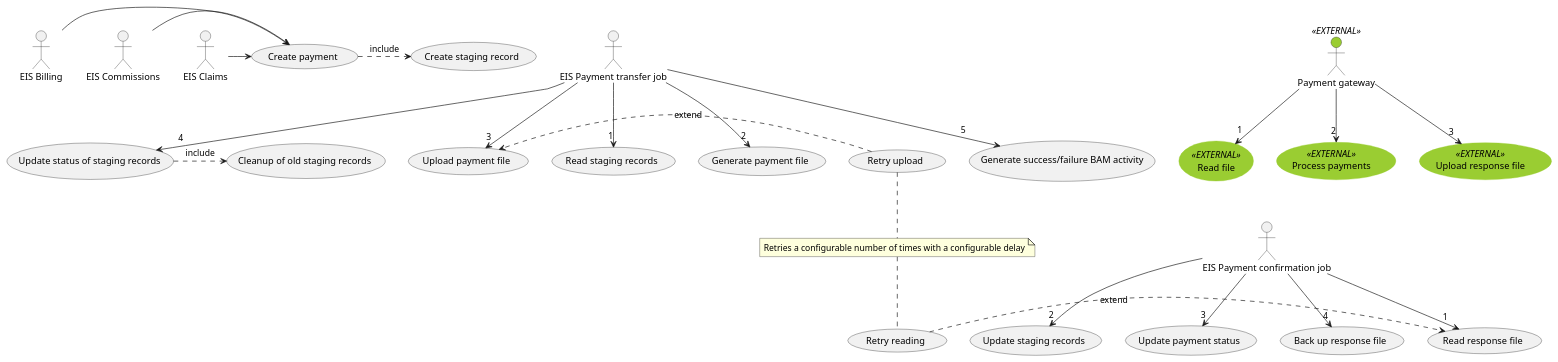
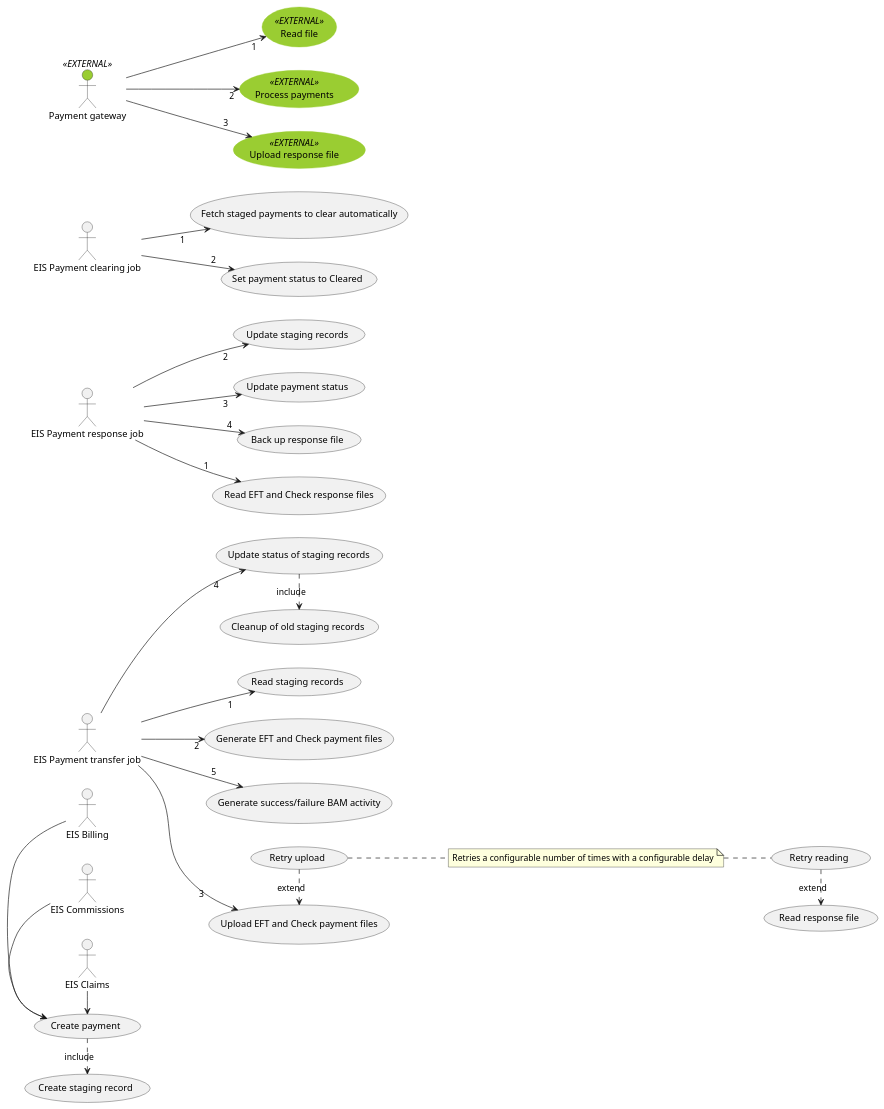
Before and after one commit to evgueni-spb/bootcamp: the diagram in use-case-diagram.puml, drawn with PlantUML. The commit also changed 5 other files, not shown here.

Commit message:
added sequence diagrams for staging and clearing, updated use case and class diagrams for staging, renamed class diagrams

```diff
--- a/use-case-diagram.puml
+++ b/use-case-diagram.puml
@@ -1,61 +1,67 @@
 @startuml
+
+left to right direction
 
 skinparam actorBackgroundColor<< EXTERNAL >> YellowGreen
 
 skinparam usecase {
 
 	BackgroundColor<< EXTERNAL >> YellowGreen
 	BorderColor<< EXTERNAL >> YellowGreen
 }
 
 :EIS Billing: as Billing
 :EIS Commissions: as Commissions
 :EIS Claims: as Claims
 :EIS Payment transfer job: as TransferJob
-:EIS Payment confirmation job: as ConfirmJob
+:EIS Payment response job: as ConfirmJob
+:EIS Payment clearing job: as ClearJob
 actor :Payment gateway: as PG << EXTERNAL >>
 
 
 Billing -> (Create payment)
 Commissions -> (Create payment)
 Claims -> (Create payment)
 (Create payment) .> (Create staging record) :include
 (Update status of staging records) .> (Cleanup of old staging records) :include
 
 
 TransferJob --> "1" (Read staging records)
-TransferJob --> "2" (Generate payment file)
-TransferJob --> "3" (Upload payment file)
-(Retry upload) .> (Upload payment file) :extend
+TransferJob --> "2" (Generate EFT and Check payment files)
+TransferJob --> "3" (Upload EFT and Check payment files)
+(Retry upload) .> (Upload EFT and Check payment files) :extend
 TransferJob --> "4" (Update status of staging records)
 TransferJob --> "5" (Generate success/failure BAM activity)
 
 note "Retries a configurable number of times with a configurable delay" as N1
 (Retry upload) .. N1
 N1 .. (Retry reading)
 
 (Read file) << EXTERNAL >>
 (Process payments) << EXTERNAL >>
 (Upload response file) << EXTERNAL >>
 
 PG --> "1" (Read file)
 PG --> "2" (Process payments)
 PG --> "3" (Upload response file)
 
 
 (Retry reading) .> (Read response file) :extend
 (Update staging records)
 (Update payment status)
 (Back up response file)
 
 
 
-ConfirmJob --> "1" (Read response file)
+ConfirmJob --> "1" (Read EFT and Check response files)
 ConfirmJob --> "2" (Update staging records)
 ConfirmJob --> "3" (Update payment status)
 ConfirmJob --> "4" (Back up response file)
+
+ClearJob --> "1" (Fetch staged payments to clear automatically)
+ClearJob --> "2" (Set payment status to Cleared)
 
 
 
 
 @enduml
```
